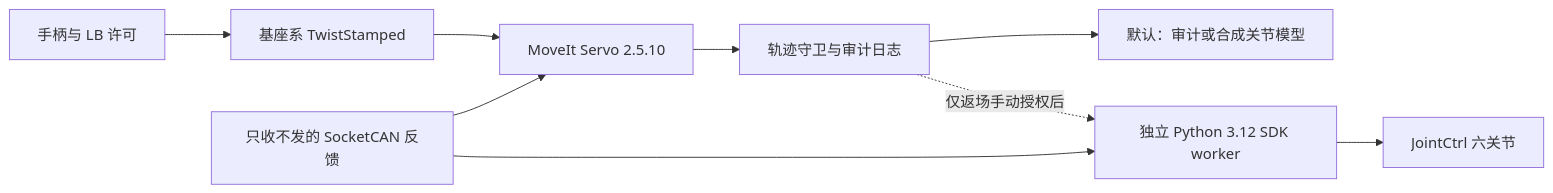
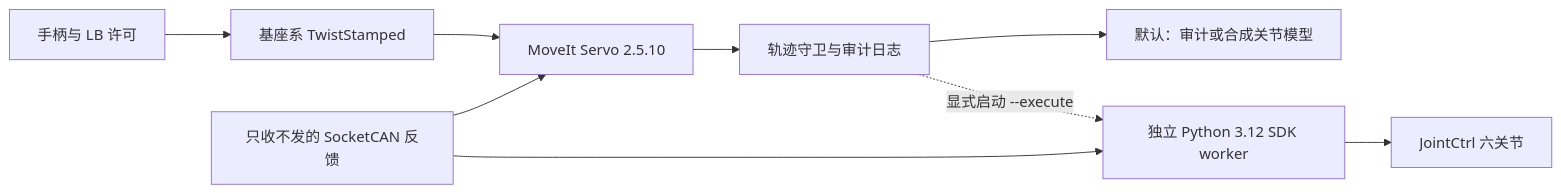
One commit to Lv1321546/piper-smolvla-deploy changed the diagram in MOVEIT_SERVO.md. Above: the diagram before and after it, drawn with Mermaid. The commit also changed other lines of this file and 22 other files, not shown here.

````diff
--- a/MOVEIT_SERVO.md
+++ b/MOVEIT_SERVO.md
@@ -58,11 +57,11 @@
 ```mermaid
 flowchart LR
     A[手柄与 LB 许可] --> B[基座系 TwistStamped]
     B --> C[MoveIt Servo 2.5.10]
     C --> D[轨迹守卫与审计日志]
     D --> E[默认：审计或合成关节模型]
-    D -.仅返场手动授权后.-> F[独立 Python 3.12 SDK worker]
+    D -.显式启动 --execute.-> F[独立 Python 3.12 SDK worker]
     F --> G[JointCtrl 六关节]
     H[只收不发的 SocketCAN 反馈] --> C
     H --> F
 ```
````
